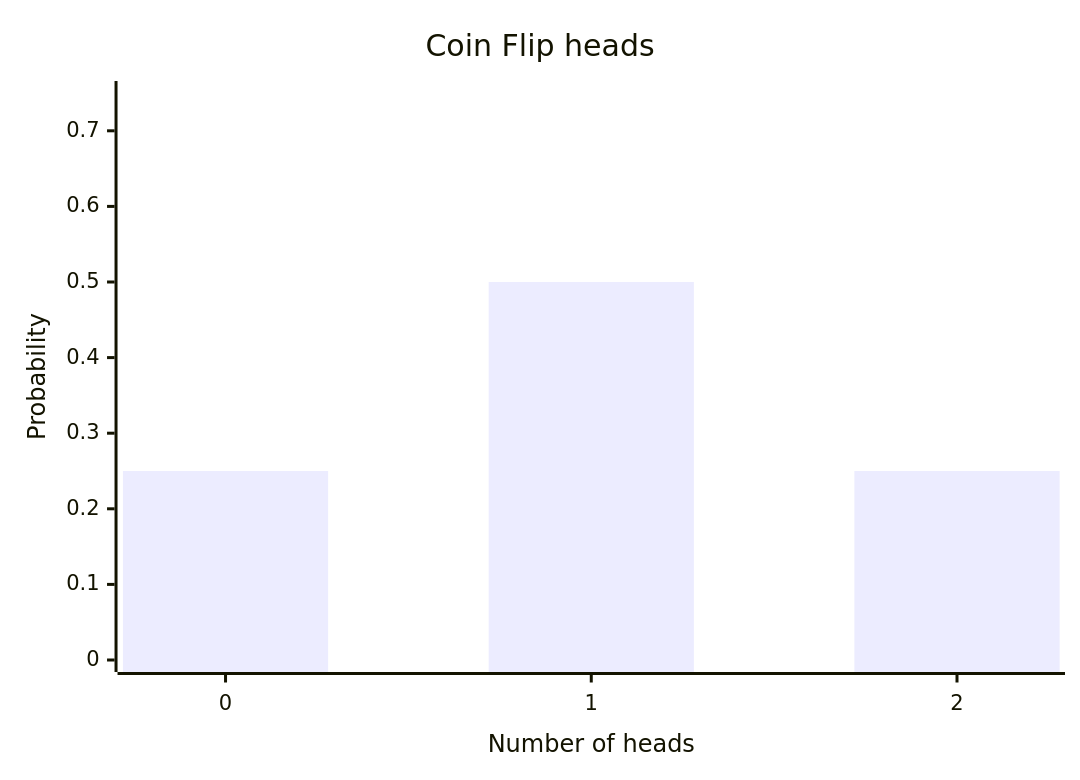
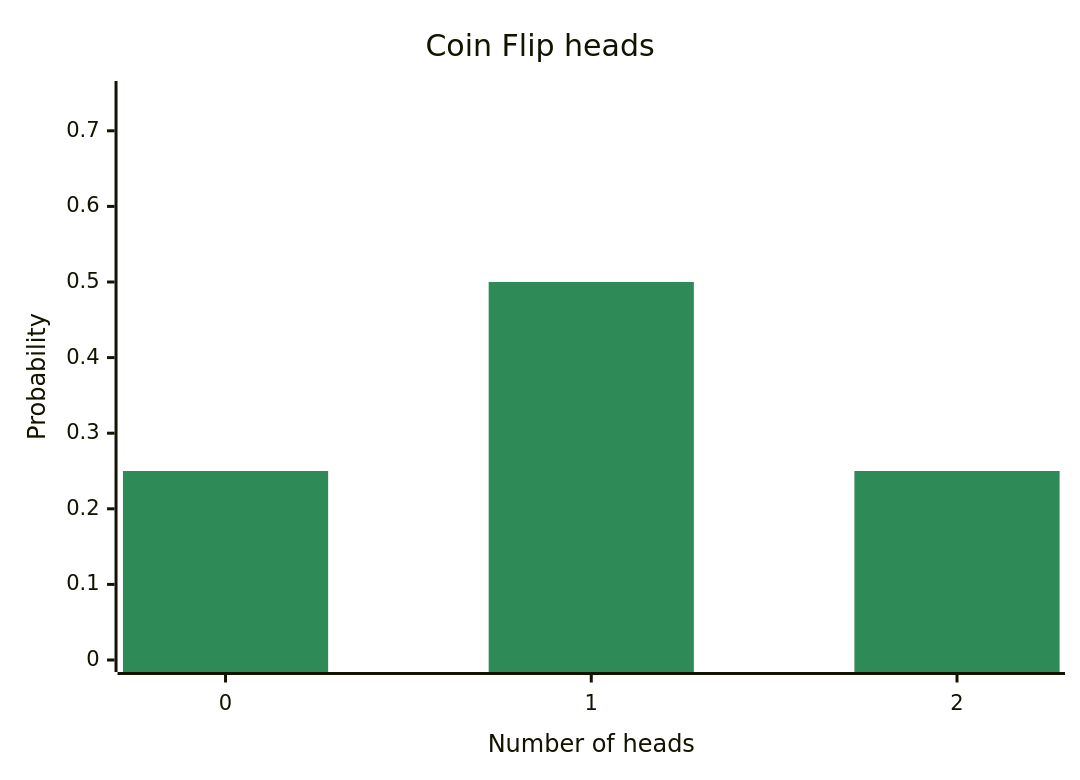
The diagram in 320 - statistics/5.md (DefGh/aua_lections), drawn with Mermaid before and after one commit.

Commit message:
small changes on chapter 320/5 - added color to chart

````diff
--- a/320 - statistics/5.md
+++ b/320 - statistics/5.md
@@ -42,7 +42,14 @@
 ```mermaid
+---
+config:
+    themeVariables:
+        xyChart:
+            plotColorPalette: seagreen
+
+---
 xychart-beta
     title "Coin Flip heads"
     x-axis "Number of heads" [0 , 1, 2]
     y-axis "Probability" 0 --> 0.75
     bar [0.25, 0.5, 0.25]
 ```
````
